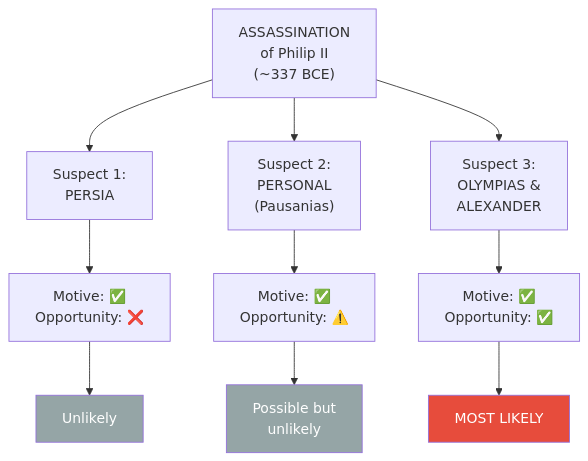
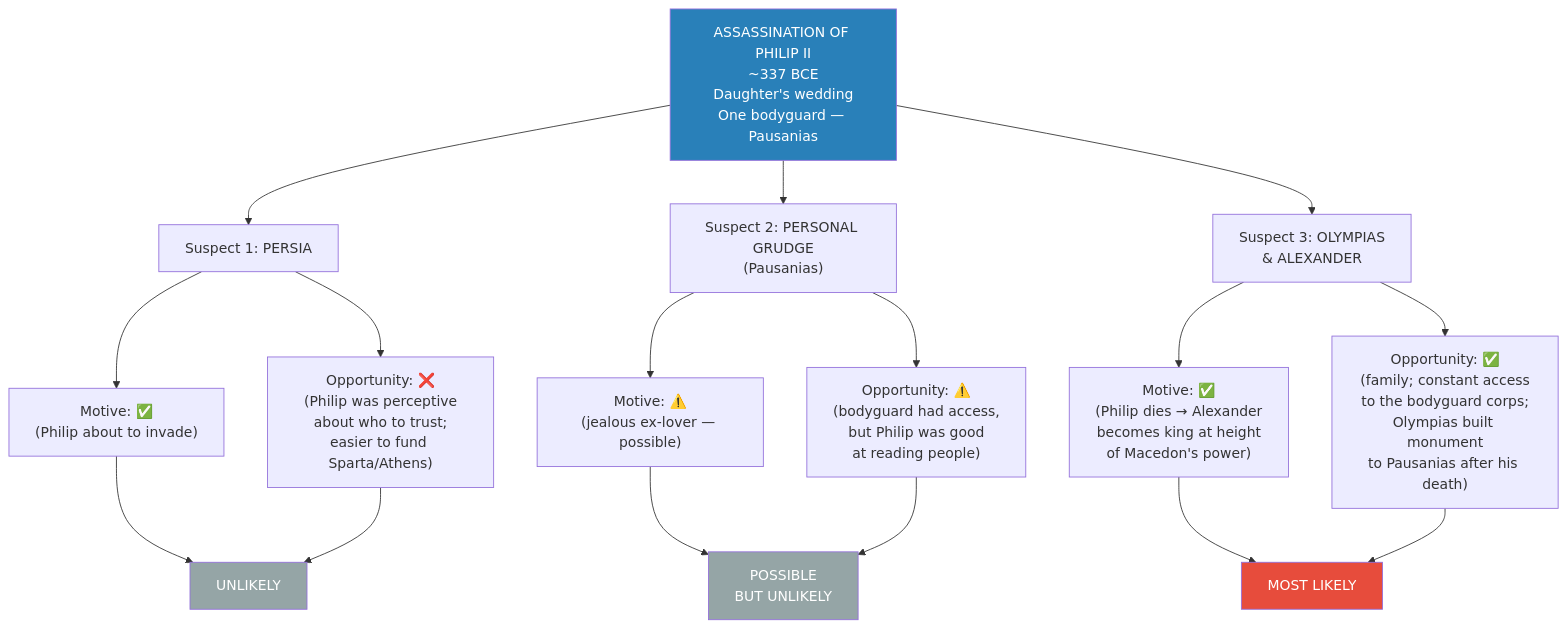
The eighth of 9 diagrams in summaries/Lectures/Civilization/11 - The Greatness of Philip II of Macedon.md (alius33/reader), drawn with Mermaid before and after one commit. The commit also changed other lines of this file and 26 other files, not shown here.

````diff
--- a/summaries/Lectures/Civilization/11 - The Greatness of Philip II of Macedon.md
+++ b/summaries/Lectures/Civilization/11 - The Greatness of Philip II of Macedon.md
@@ -278,16 +396,23 @@
 ```mermaid
 flowchart TB
-    AS["ASSASSINATION<br/>of Philip II<br/>(~337 BCE)"]
-    AS --> P1["Suspect 1:<br/>PERSIA"]
-    AS --> P2["Suspect 2:<br/>PERSONAL<br/>(Pausanias)"]
-    AS --> P3["Suspect 3:<br/>OLYMPIAS &<br/>ALEXANDER"]
-    P1 --> M1["Motive: ✅<br/>Opportunity: ❌"]
-    P2 --> M2["Motive: ✅<br/>Opportunity: ⚠️"]
-    P3 --> M3["Motive: ✅<br/>Opportunity: ✅"]
-    M1 --> V1["Unlikely"]
-    M2 --> V2["Possible but<br/>unlikely"]
+    AS["ASSASSINATION OF PHILIP II<br/>~337 BCE<br/>Daughter's wedding<br/>One bodyguard — Pausanias"]
+    AS --> P1["Suspect 1: PERSIA"]
+    AS --> P2["Suspect 2: PERSONAL GRUDGE<br/>(Pausanias)"]
+    AS --> P3["Suspect 3: OLYMPIAS<br/>& ALEXANDER"]
+    P1 --> M1["Motive: ✅<br/>(Philip about to invade)"]
+    P1 --> O1["Opportunity: ❌<br/>(Philip was perceptive<br/>about who to trust;<br/>easier to fund Sparta/Athens)"]
+    M1 --> V1["UNLIKELY"]
+    O1 --> V1
+    P2 --> M2["Motive: ⚠️<br/>(jealous ex-lover — possible)"]
+    P2 --> O2["Opportunity: ⚠️<br/>(bodyguard had access,<br/>but Philip was good<br/>at reading people)"]
+    M2 --> V2["POSSIBLE<br/>BUT UNLIKELY"]
+    O2 --> V2
+    P3 --> M3["Motive: ✅<br/>(Philip dies → Alexander<br/>becomes king at height<br/>of Macedon's power)"]
+    P3 --> O3["Opportunity: ✅<br/>(family; constant access<br/>to the bodyguard corps;<br/>Olympias built monument<br/>to Pausanias after his death)"]
     M3 --> V3["MOST LIKELY"]
+    O3 --> V3
     style V3 fill:#e74c3c,color:#fff
     style V1 fill:#95a5a6,color:#fff
     style V2 fill:#95a5a6,color:#fff
+    style AS fill:#2980b9,color:#fff
 ```
````
